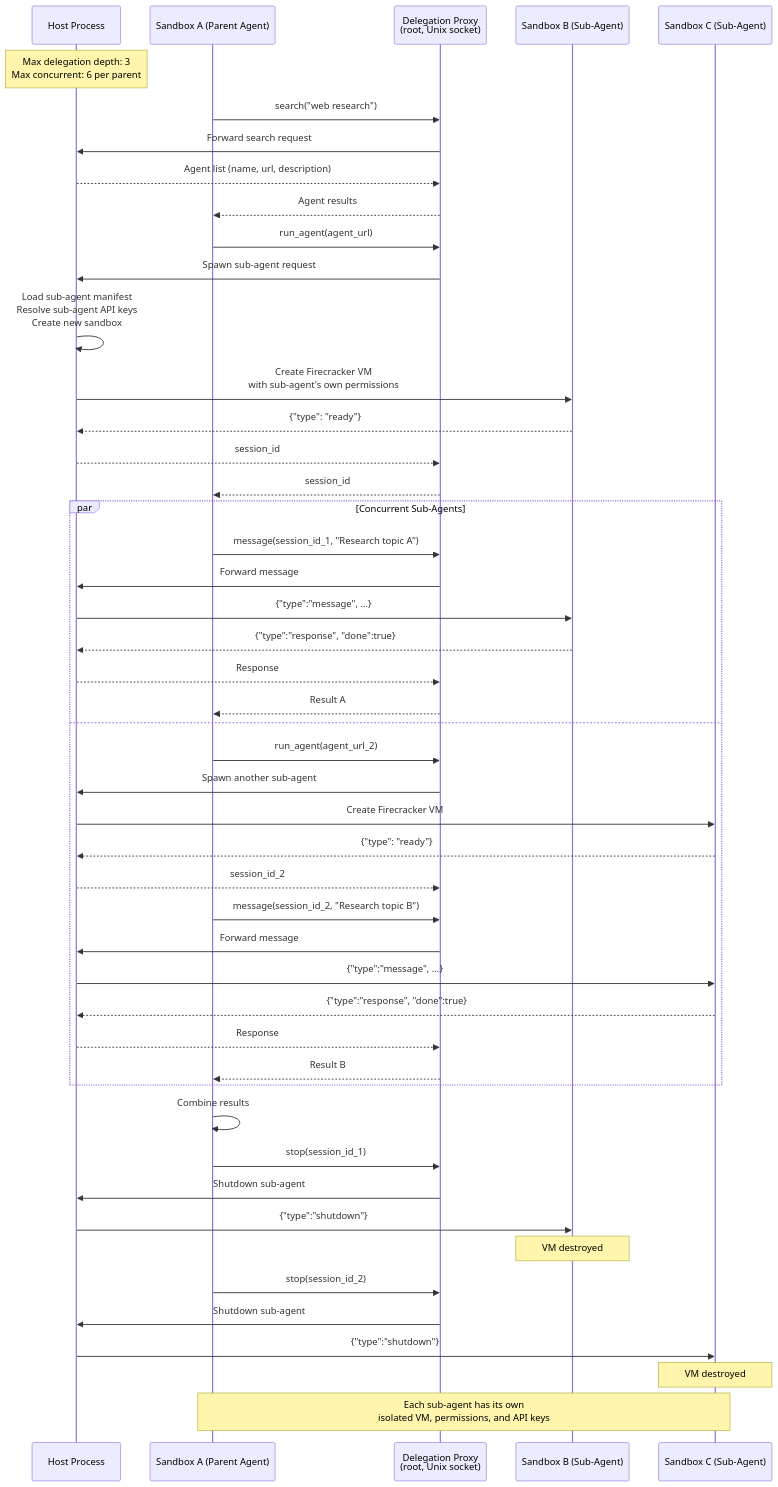
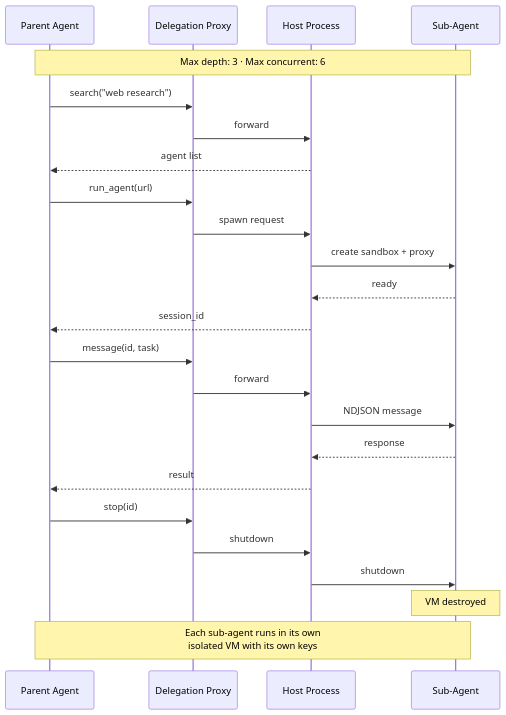
One commit to andybrowning5/primordial-agentstore changed the diagram in docs/diagrams/delegation-flow.mmd. Above: the diagram before and after it, drawn with Mermaid. The commit also changed 18 other files, not shown here.

First line of the commit message:
Redesign diagrams with dark minimal theme

```diff
--- a/docs/diagrams/delegation-flow.mmd
+++ b/docs/diagrams/delegation-flow.mmd
@@ -1,56 +1,30 @@
 sequenceDiagram
+    participant Parent as Parent Agent
+    participant Proxy as Delegation Proxy
     participant Host as Host Process
-    participant SandboxA as Sandbox A (Parent Agent)
-    participant DelegateProxy as Delegation Proxy<br/>(root, Unix socket)
-    participant SandboxB as Sandbox B (Sub-Agent)
-    participant SandboxC as Sandbox C (Sub-Agent)
+    participant Sub as Sub-Agent
 
-    Note over Host: Max delegation depth: 3<br/>Max concurrent: 6 per parent
+    Note over Parent,Sub: Max depth: 3 · Max concurrent: 6
 
-    SandboxA->>DelegateProxy: search("web research")
-    DelegateProxy->>Host: Forward search request
-    Host-->>DelegateProxy: Agent list (name, url, description)
-    DelegateProxy-->>SandboxA: Agent results
+    Parent->>Proxy: search("web research")
+    Proxy->>Host: forward
+    Host-->>Parent: agent list
 
-    SandboxA->>DelegateProxy: run_agent(agent_url)
-    DelegateProxy->>Host: Spawn sub-agent request
-    Host->>Host: Load sub-agent manifest<br/>Resolve sub-agent API keys<br/>Create new sandbox
-    Host->>SandboxB: Create Firecracker VM<br/>with sub-agent's own permissions
-    SandboxB-->>Host: {"type": "ready"}
-    Host-->>DelegateProxy: session_id
-    DelegateProxy-->>SandboxA: session_id
+    Parent->>Proxy: run_agent(url)
+    Proxy->>Host: spawn request
+    Host->>Sub: create sandbox + proxy
+    Sub-->>Host: ready
+    Host-->>Parent: session_id
 
-    par Concurrent Sub-Agents
-        SandboxA->>DelegateProxy: message(session_id_1, "Research topic A")
-        DelegateProxy->>Host: Forward message
-        Host->>SandboxB: {"type":"message", ...}
-        SandboxB-->>Host: {"type":"response", "done":true}
-        Host-->>DelegateProxy: Response
-        DelegateProxy-->>SandboxA: Result A
-    and
-        SandboxA->>DelegateProxy: run_agent(agent_url_2)
-        DelegateProxy->>Host: Spawn another sub-agent
-        Host->>SandboxC: Create Firecracker VM
-        SandboxC-->>Host: {"type": "ready"}
-        Host-->>DelegateProxy: session_id_2
-        SandboxA->>DelegateProxy: message(session_id_2, "Research topic B")
-        DelegateProxy->>Host: Forward message
-        Host->>SandboxC: {"type":"message", ...}
-        SandboxC-->>Host: {"type":"response", "done":true}
-        Host-->>DelegateProxy: Response
-        DelegateProxy-->>SandboxA: Result B
-    end
+    Parent->>Proxy: message(id, task)
+    Proxy->>Host: forward
+    Host->>Sub: NDJSON message
+    Sub-->>Host: response
+    Host-->>Parent: result
 
-    SandboxA->>SandboxA: Combine results
+    Parent->>Proxy: stop(id)
+    Proxy->>Host: shutdown
+    Host->>Sub: shutdown
+    Note over Sub: VM destroyed
 
-    SandboxA->>DelegateProxy: stop(session_id_1)
-    DelegateProxy->>Host: Shutdown sub-agent
-    Host->>SandboxB: {"type":"shutdown"}
-    Note over SandboxB: VM destroyed
-
-    SandboxA->>DelegateProxy: stop(session_id_2)
-    DelegateProxy->>Host: Shutdown sub-agent
-    Host->>SandboxC: {"type":"shutdown"}
-    Note over SandboxC: VM destroyed
-
-    Note over SandboxA,SandboxC: Each sub-agent has its own<br/>isolated VM, permissions, and API keys
+    Note over Parent,Sub: Each sub-agent runs in its own<br/>isolated VM with its own keys
```
